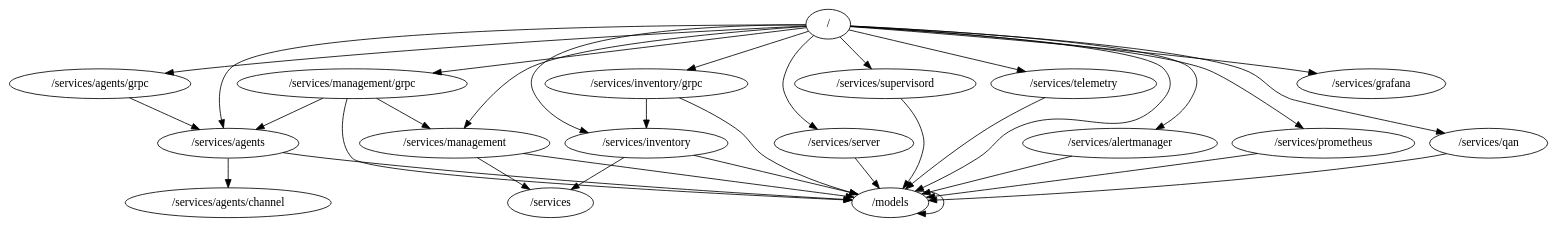
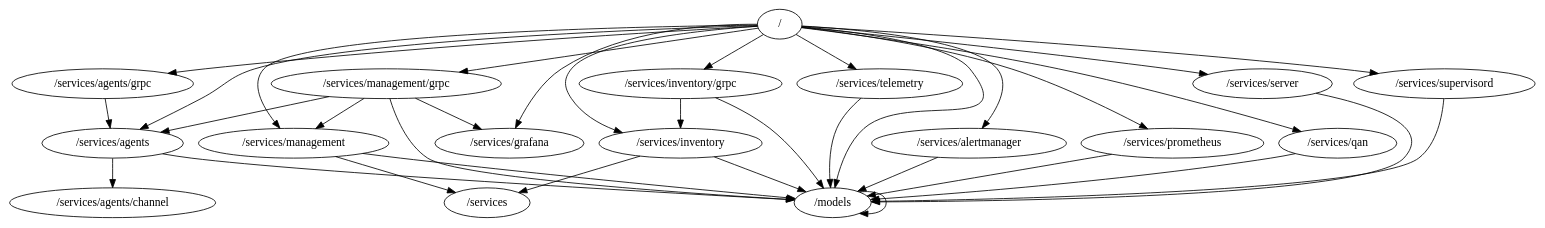
The diagram in packages.dot (percona/pmm), drawn with Graphviz before and after one commit. The commit also changed 6 other files, not shown here.

```diff
--- a/packages.dot
+++ b/packages.dot
@@ -1,35 +1,36 @@
 digraph packages {
 	"/" -> "/models";
 	"/" -> "/services/agents";
 	"/" -> "/services/agents/grpc";
 	"/" -> "/services/alertmanager";
 	"/" -> "/services/grafana";
 	"/" -> "/services/inventory";
 	"/" -> "/services/inventory/grpc";
 	"/" -> "/services/management";
 	"/" -> "/services/management/grpc";
 	"/" -> "/services/prometheus";
 	"/" -> "/services/qan";
 	"/" -> "/services/server";
 	"/" -> "/services/supervisord";
 	"/" -> "/services/telemetry";
 	"/models" -> "/models";
 	"/services/agents" -> "/models";
 	"/services/agents" -> "/services/agents/channel";
 	"/services/agents/grpc" -> "/services/agents";
 	"/services/alertmanager" -> "/models";
 	"/services/inventory" -> "/models";
 	"/services/inventory" -> "/services";
 	"/services/inventory/grpc" -> "/models";
 	"/services/inventory/grpc" -> "/services/inventory";
 	"/services/management" -> "/models";
 	"/services/management" -> "/services";
 	"/services/management/grpc" -> "/models";
 	"/services/management/grpc" -> "/services/agents";
+	"/services/management/grpc" -> "/services/grafana";
 	"/services/management/grpc" -> "/services/management";
 	"/services/prometheus" -> "/models";
 	"/services/qan" -> "/models";
 	"/services/server" -> "/models";
 	"/services/supervisord" -> "/models";
 	"/services/telemetry" -> "/models";
 }
```
